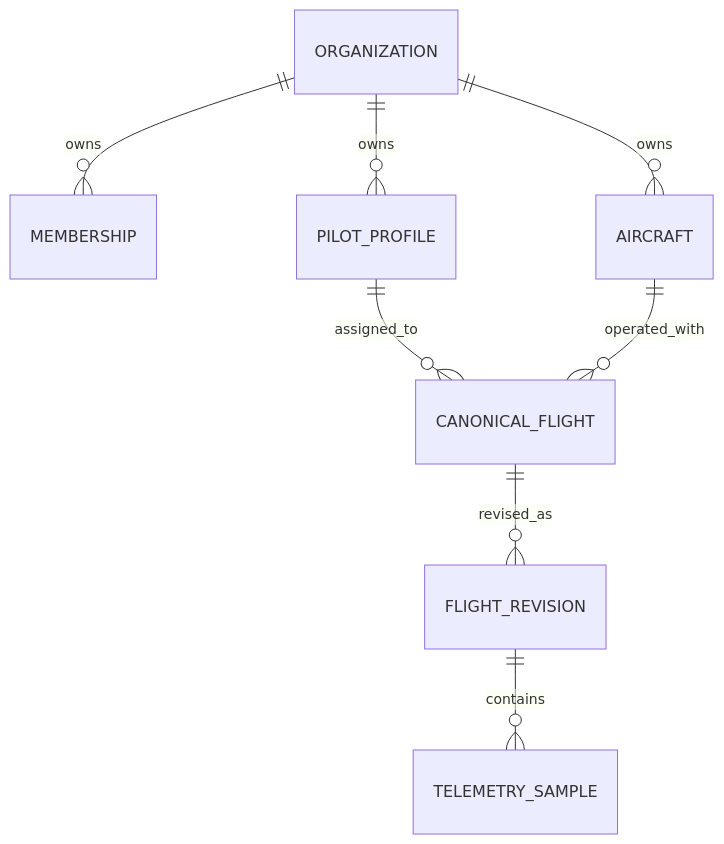
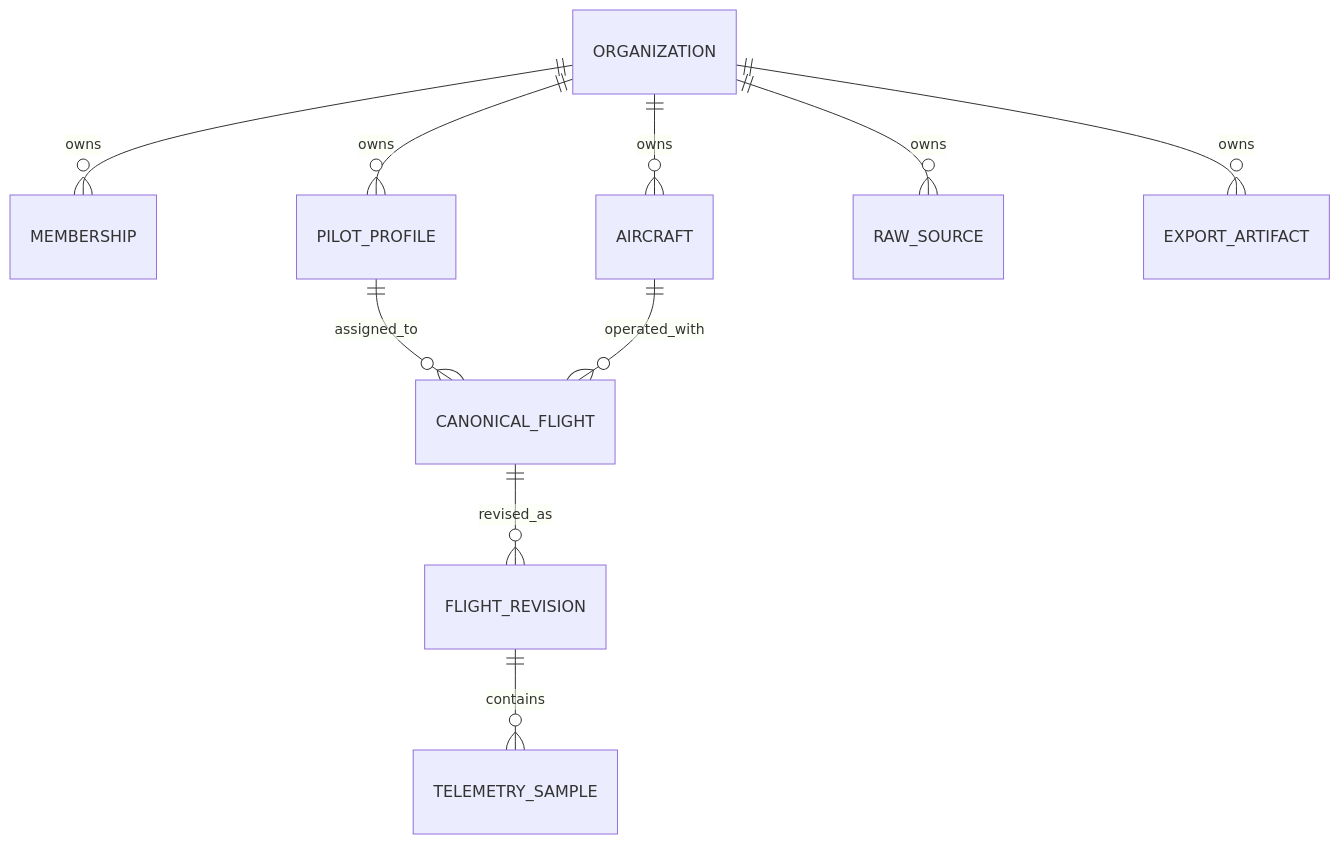
Before and after one commit to Synapsekw/Drone.Works: the diagram in docs/architecture/TENANCY.md, drawn with Mermaid. The commit also changed other lines of this file and 7 other files, not shown here.

````diff
--- a/docs/architecture/TENANCY.md
+++ b/docs/architecture/TENANCY.md
@@ -16,10 +16,12 @@
 ```mermaid
 erDiagram
     ORGANIZATION ||--o{ MEMBERSHIP : owns
     ORGANIZATION ||--o{ PILOT_PROFILE : owns
     ORGANIZATION ||--o{ AIRCRAFT : owns
     PILOT_PROFILE ||--o{ CANONICAL_FLIGHT : assigned_to
     AIRCRAFT ||--o{ CANONICAL_FLIGHT : operated_with
     CANONICAL_FLIGHT ||--o{ FLIGHT_REVISION : revised_as
     FLIGHT_REVISION ||--o{ TELEMETRY_SAMPLE : contains
+    ORGANIZATION ||--o{ RAW_SOURCE : owns
+    ORGANIZATION ||--o{ EXPORT_ARTIFACT : owns
 ```
````
